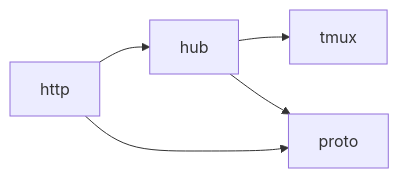
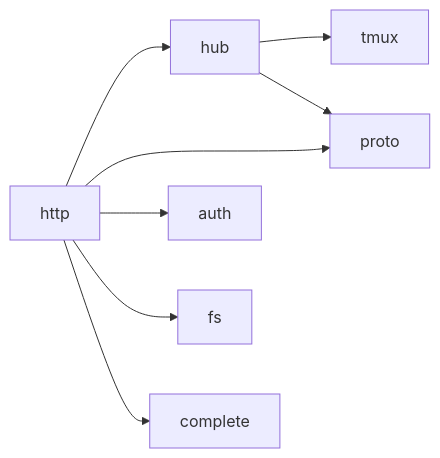
The second of 4 diagrams in docs/design/daemon-core.md (haowjy/tether), drawn with Mermaid before and after one commit. The commit also changed other lines of this file and 10 other files, not shown here.

````diff
--- a/docs/design/daemon-core.md
+++ b/docs/design/daemon-core.md
@@ -92,7 +81,10 @@
 ```mermaid
 flowchart LR
   http --> hub
   http --> proto
+  http --> auth
+  http --> fs
+  http --> complete
   hub --> tmux
   hub --> proto
 ```
````
